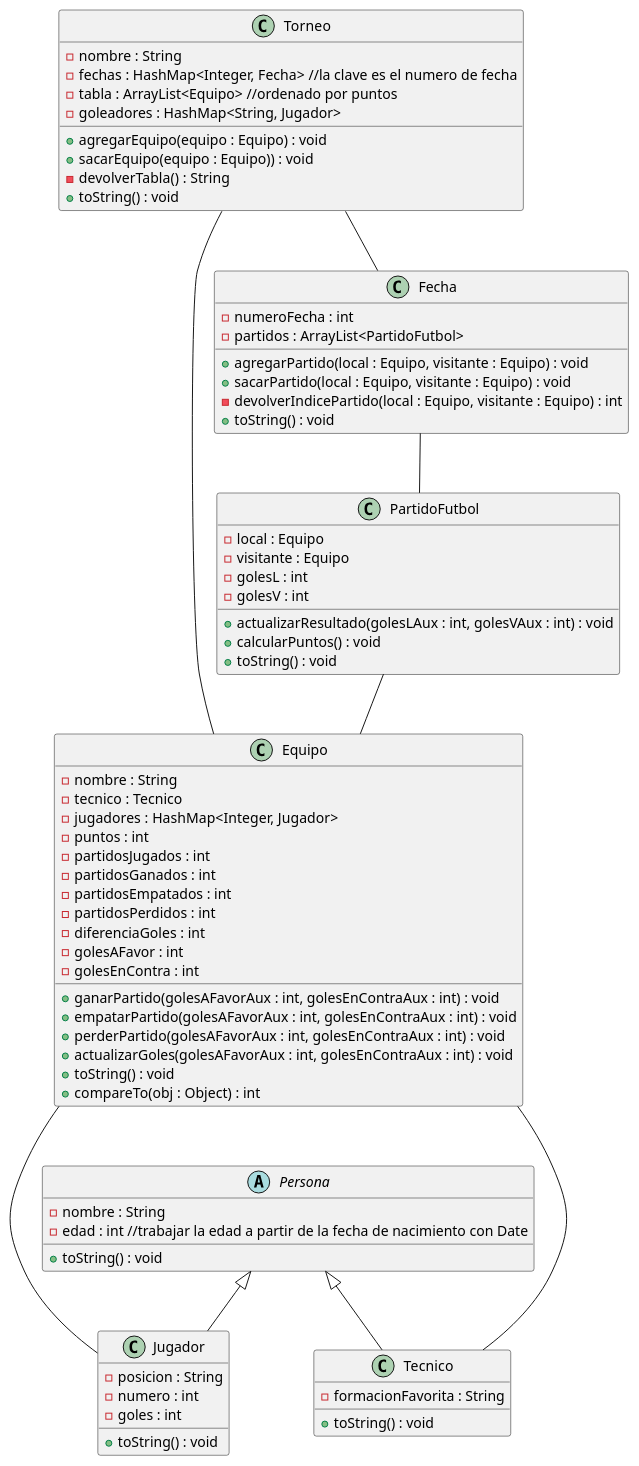
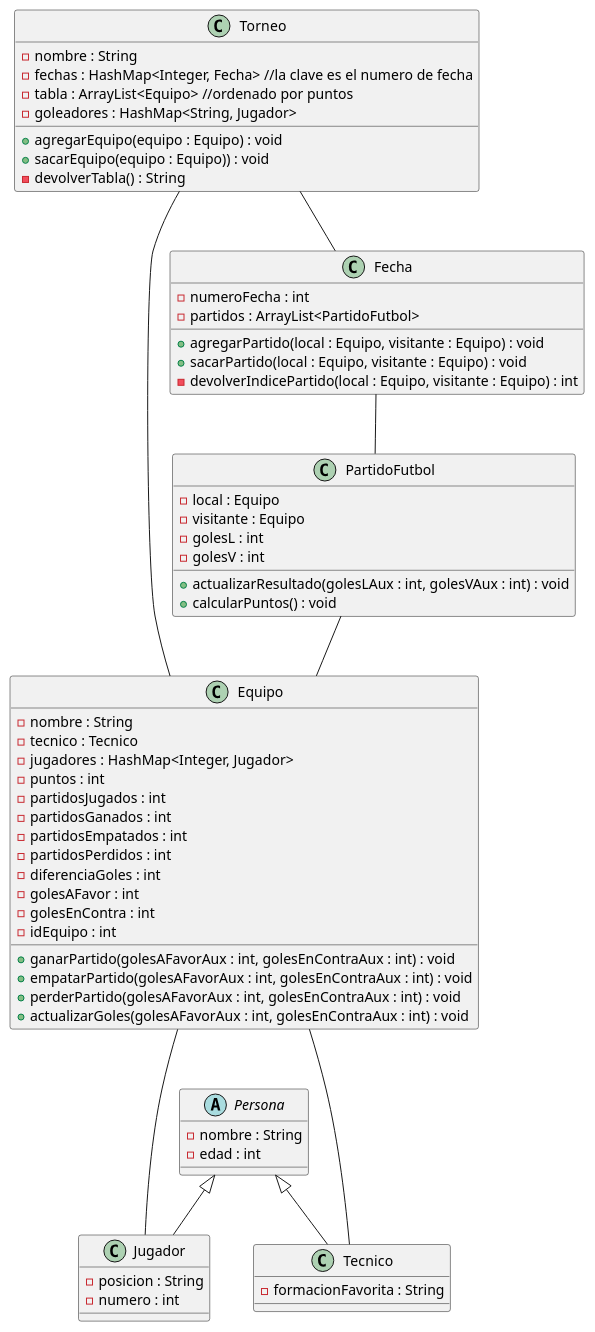
The diagram in out/production/appTorneo/diagrama-de-clases.puml (agustinrojass/appTorneo), drawn with PlantUML before and after one commit. The commit also changed 72 other files, not shown here.

```diff
--- a/out/production/appTorneo/diagrama-de-clases.puml
+++ b/out/production/appTorneo/diagrama-de-clases.puml
@@ -1,69 +1,61 @@
 @startuml
 Torneo -- Equipo
 Torneo -- Fecha
 Fecha -- PartidoFutbol
 PartidoFutbol -- Equipo
 Equipo --- Jugador
 Equipo --- Tecnico
 class Torneo {
     - nombre : String
     - fechas : HashMap<Integer, Fecha> //la clave es el numero de fecha
     - tabla : ArrayList<Equipo> //ordenado por puntos
     - goleadores : HashMap<String, Jugador>
     + agregarEquipo(equipo : Equipo) : void
     + sacarEquipo(equipo : Equipo)) : void
     - devolverTabla() : String
-    + toString() : void
 }
 class Fecha {
     - numeroFecha : int
     - partidos : ArrayList<PartidoFutbol>
     + agregarPartido(local : Equipo, visitante : Equipo) : void
     + sacarPartido(local : Equipo, visitante : Equipo) : void
     - devolverIndicePartido(local : Equipo, visitante : Equipo) : int
-    + toString() : void
 }
 class PartidoFutbol {
     - local : Equipo
     - visitante : Equipo
     - golesL : int
     - golesV : int
     + actualizarResultado(golesLAux : int, golesVAux : int) : void
     + calcularPuntos() : void
-    + toString() : void
 }
 class Equipo {
     - nombre : String
     - tecnico : Tecnico
     - jugadores : HashMap<Integer, Jugador>
     - puntos : int
     - partidosJugados : int
     - partidosGanados : int
     - partidosEmpatados : int
     - partidosPerdidos : int
     - diferenciaGoles : int
     - golesAFavor : int
     - golesEnContra : int
+    - idEquipo : int
     + ganarPartido(golesAFavorAux : int, golesEnContraAux : int) : void
     + empatarPartido(golesAFavorAux : int, golesEnContraAux : int) : void
     + perderPartido(golesAFavorAux : int, golesEnContraAux : int) : void
     + actualizarGoles(golesAFavorAux : int, golesEnContraAux : int) : void
-    + toString() : void
-    + compareTo(obj : Object) : int
 }
 abstract class Persona {
     - nombre : String
-    - edad : int //trabajar la edad a partir de la fecha de nacimiento con Date
-    + toString() : void
+    - edad : int
 }
 class Jugador extends Persona {
     - posicion : String
     - numero : int
-    - goles : int
-    + toString() : void
 }
 class Tecnico extends Persona {
     - formacionFavorita : String
-    + toString() : void
 }
 @enduml
```
